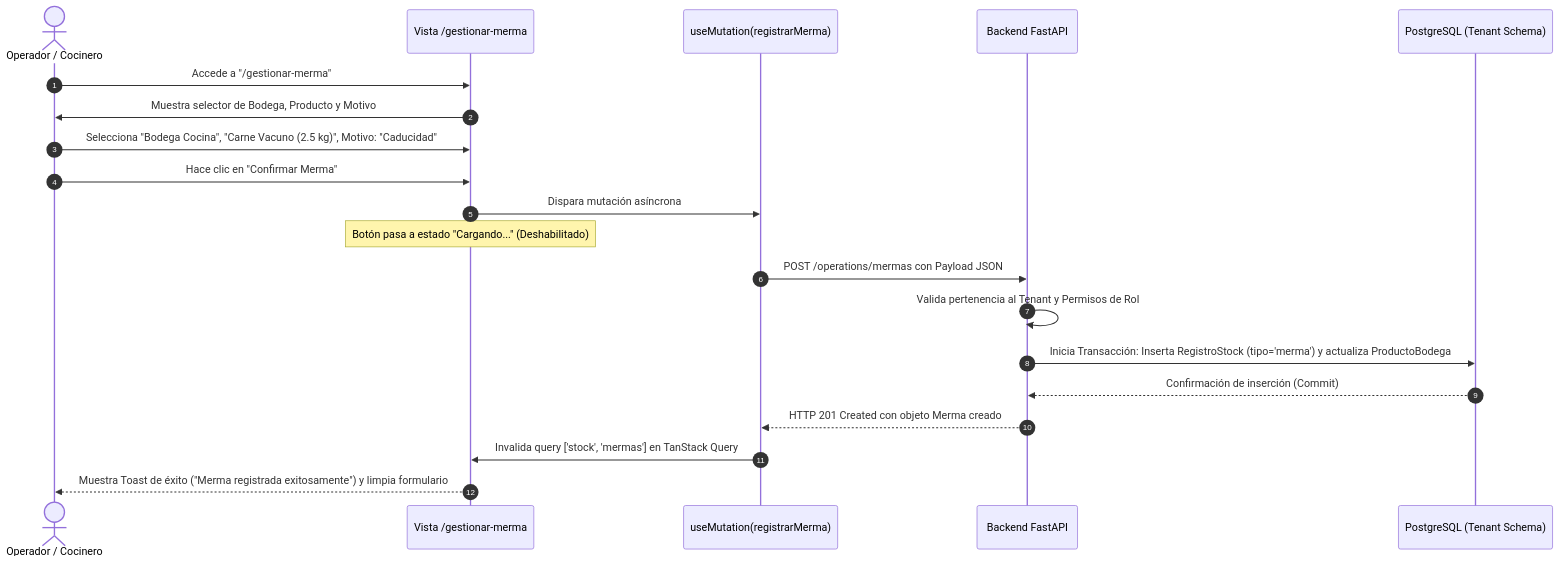
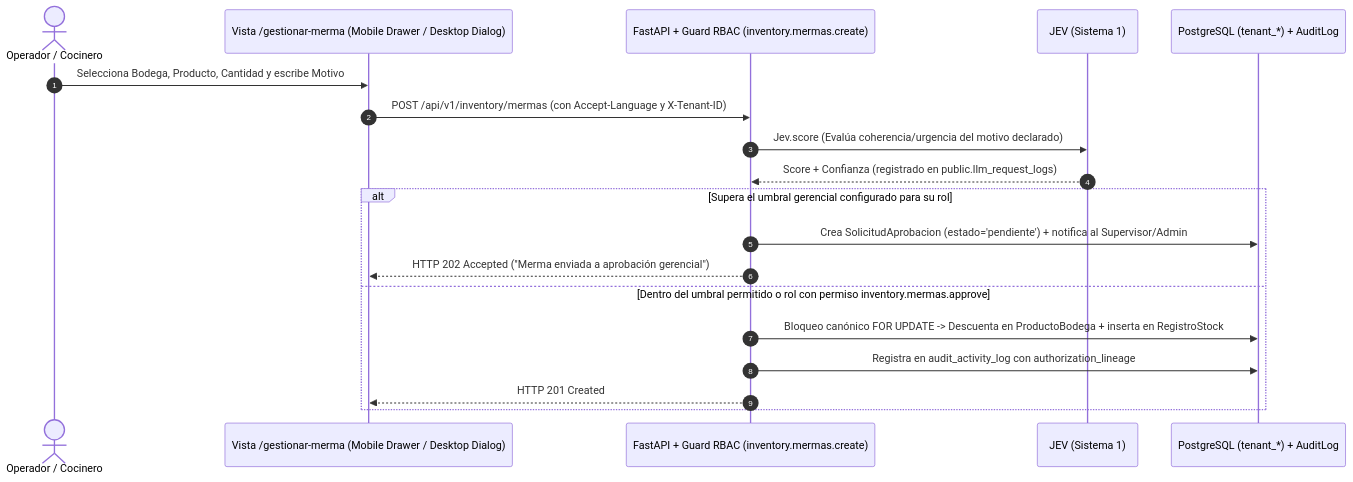
One commit to OppyTec/OppyTec-Oficial changed the second of 5 diagrams in specs/03-USER-FLOWS.md. Above: the diagram before and after it, drawn with Mermaid. The commit also changed other lines of this file and 6 other files, not shown here.

````diff
--- a/specs/03-USER-FLOWS.md
+++ b/specs/03-USER-FLOWS.md
@@ -66,23 +53,22 @@
 ```mermaid
 sequenceDiagram
     autonumber
     actor Operador as Operador / Cocinero
-    participant UI as Vista /gestionar-merma
-    participant ClientHook as useMutation(registrarMerma)
-    participant API as Backend FastAPI
-    participant DB as PostgreSQL (Tenant Schema)
+    participant UI as Vista /gestionar-merma (Mobile Drawer / Desktop Dialog)
+    participant API as FastAPI + Guard RBAC (inventory.mermas.create)
+    participant JEV as JEV (Sistema 1)
+    participant DB as PostgreSQL (tenant_*) + AuditLog
 
-    Operador->>UI: Accede a "/gestionar-merma"
-    UI->>Operador: Muestra selector de Bodega, Producto y Motivo
-    Operador->>UI: Selecciona "Bodega Cocina", "Carne Vacuno (2.5 kg)", Motivo: "Caducidad"
-    Operador->>UI: Hace clic en "Confirmar Merma"
-    UI->>ClientHook: Dispara mutación asíncrona
-    Note over UI: Botón pasa a estado "Cargando..." (Deshabilitado)
-    ClientHook->>API: POST /operations/mermas con Payload JSON
-    API->>API: Valida pertenencia al Tenant y Permisos de Rol
-    API->>DB: Inicia Transacción: Inserta RegistroStock (tipo='merma') y actualiza ProductoBodega
-    DB-->>API: Confirmación de inserción (Commit)
-    API-->>ClientHook: HTTP 201 Created con objeto Merma creado
-    ClientHook->>UI: Invalida query ['stock', 'mermas'] en TanStack Query
-    UI-->>Operador: Muestra Toast de éxito ("Merma registrada exitosamente") y limpia formulario
+    Operador->>UI: Selecciona Bodega, Producto, Cantidad y escribe Motivo
+    UI->>API: POST /api/v1/inventory/mermas (con Accept-Language y X-Tenant-ID)
+    API->>JEV: Jev.score (Evalúa coherencia/urgencia del motivo declarado)
+    JEV-->>API: Score + Confianza (registrado en public.llm_request_logs)
+    alt Supera el umbral gerencial configurado para su rol
+        API->>DB: Crea SolicitudAprobacion (estado='pendiente') + notifica al Supervisor/Admin
+        API-->>UI: HTTP 202 Accepted ("Merma enviada a aprobación gerencial")
+    else Dentro del umbral permitido o rol con permiso inventory.mermas.approve
+        API->>DB: Bloqueo canónico FOR UPDATE -> Descuenta en ProductoBodega + inserta en RegistroStock
+        API->>DB: Registra en audit_activity_log con authorization_lineage
+        API-->>UI: HTTP 201 Created
+    end
 ```
````
